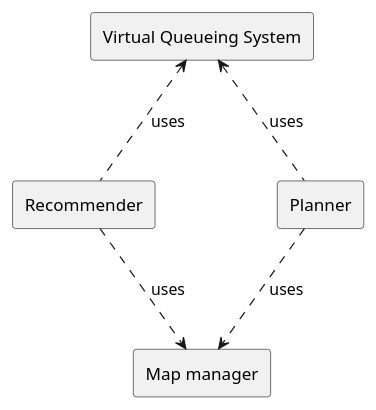
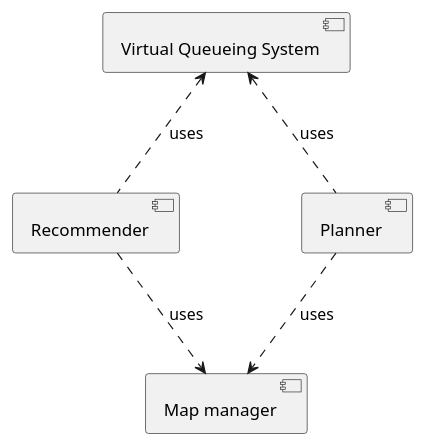
Before and after one commit to ICPS-MicroCity/amusement-park-analysis: the diagram in doc/res/architecture-overview.puml, drawn with PlantUML. The commit also changed 1 other file, not shown here.

Commit message:
chore: update component diagram

```diff
--- a/doc/res/architecture-overview.puml
+++ b/doc/res/architecture-overview.puml
@@ -1,28 +1,28 @@
 @startuml architecture-overview
 'left to right direction
-skinparam componentStyle rectangle
+'skinparam componentStyle rectangle
 skinparam nodesep 100
 skinparam ranksep 80
 ' node "Recommender" as recommender {
 '     [Attractions recommender]
 '     [Show recommender]
 '     [Restaurant recommender]
 '     [Shop recommender]
 ' }
 
 [Recommender] as recommender
 [Planner] as planner
 [Map manager] as map_manager
 [Virtual Queueing System] as vqs
 'actor Guest as guest
 
 planner ..> map_manager : uses
 recommender ..> map_manager : uses
 vqs <.. planner : uses
 vqs <.. recommender : uses
 ' guest <--> vqs : interact with
 ' guest .. map_manager : interacts with
 ' guest .. recommender
 ' guest .. planner
 
 @enduml
```
